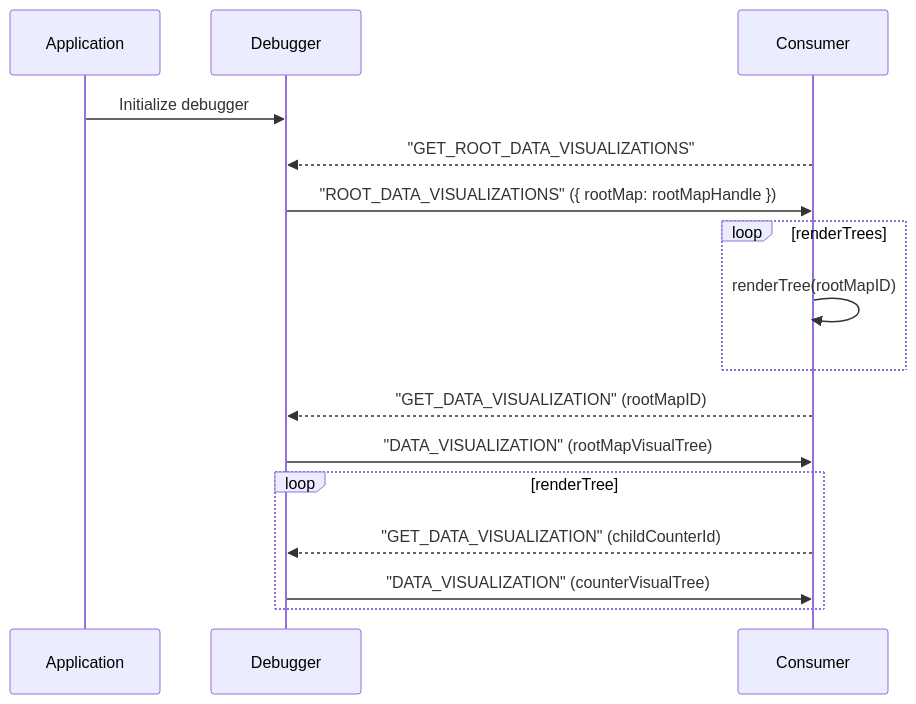
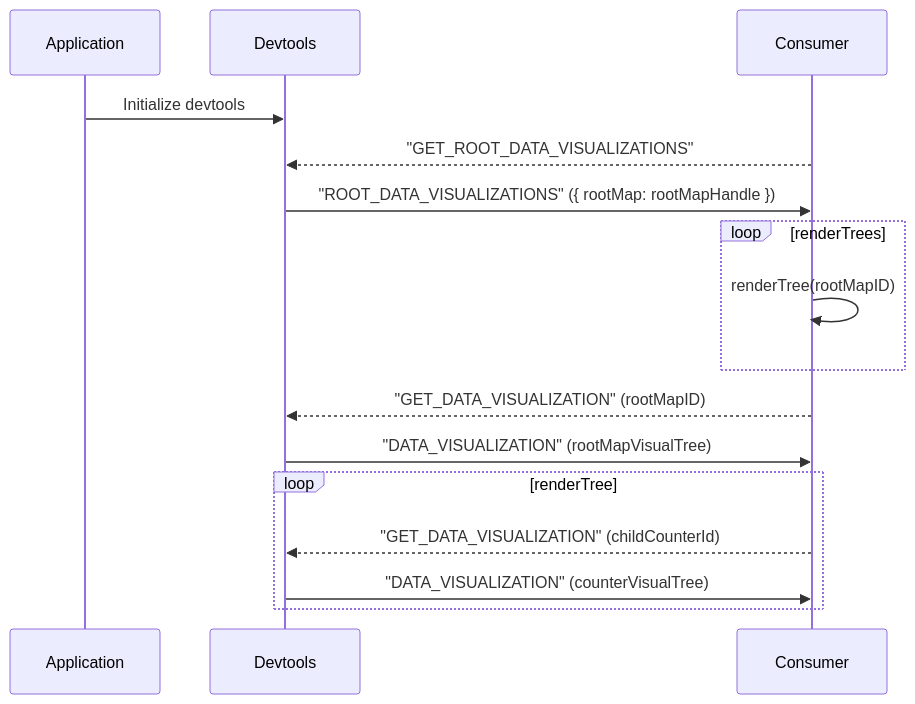
Before and after one commit to microsoft/FluidFramework: the second of 2 diagrams in packages/tools/devtools/devtools-core/src/data-visualization/README.md, drawn with Mermaid. The commit also changed other lines of this file and 18 other files, not shown here.

````diff
--- a/packages/tools/devtools/devtools-core/src/data-visualization/README.md
+++ b/packages/tools/devtools/devtools-core/src/data-visualization/README.md
@@ -77,19 +77,19 @@
 ```mermaid
 sequenceDiagram
 participant Application
-participant Debugger
+participant Devtools
 participant Consumer
 
-Application->>Debugger: Initialize debugger
-Consumer-->>Debugger: "GET_ROOT_DATA_VISUALIZATIONS"
-Debugger->>Consumer: "ROOT_DATA_VISUALIZATIONS" ({ rootMap: rootMapHandle })
+Application->>Devtools: Initialize devtools
+Consumer-->>Devtools: "GET_ROOT_DATA_VISUALIZATIONS"
+Devtools->>Consumer: "ROOT_DATA_VISUALIZATIONS" ({ rootMap: rootMapHandle })
 loop renderTrees
 	Consumer->>Consumer: renderTree(rootMapID)
 end
-Consumer-->>Debugger: "GET_DATA_VISUALIZATION" (rootMapID)
-Debugger->>Consumer: "DATA_VISUALIZATION" (rootMapVisualTree)
+Consumer-->>Devtools: "GET_DATA_VISUALIZATION" (rootMapID)
+Devtools->>Consumer: "DATA_VISUALIZATION" (rootMapVisualTree)
 loop renderTree
-	Consumer-->>Debugger: "GET_DATA_VISUALIZATION" (childCounterId)
-	Debugger->>Consumer: "DATA_VISUALIZATION" (counterVisualTree)
+	Consumer-->>Devtools: "GET_DATA_VISUALIZATION" (childCounterId)
+	Devtools->>Consumer: "DATA_VISUALIZATION" (counterVisualTree)
 end
 ```
````
